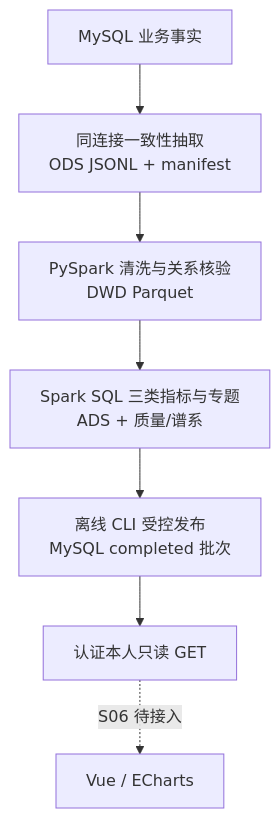
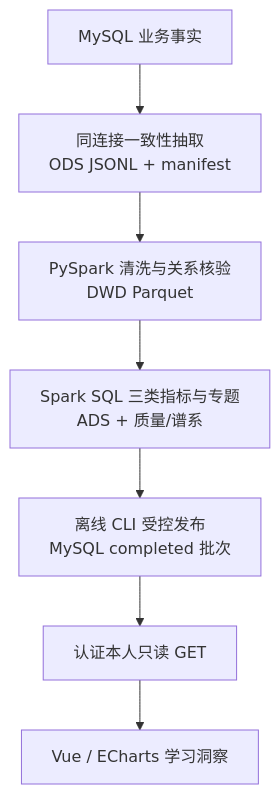
Before and after one commit to lengchang-haoyuan/AI-Assisted-Campus-Learning-and-Code-Practice-Platform: the second of 10 diagrams in README.md, drawn with Mermaid. The commit also changed other lines of this file and 2548 other files, not shown here.

````diff
--- a/README.md
+++ b/README.md
@@ -222,9 +230,9 @@
 ```mermaid
 flowchart TB
     Source["MySQL 业务事实"] --> ODS["同连接一致性抽取<br/>ODS JSONL + manifest"]
     ODS --> DWD["PySpark 清洗与关系核验<br/>DWD Parquet"]
     DWD --> ADS["Spark SQL 三类指标与专题<br/>ADS + 质量/谱系"]
     ADS --> Store["离线 CLI 受控发布<br/>MySQL completed 批次"]
     Store --> GET["认证本人只读 GET"]
-    GET -. "S06 待接入" .-> Chart["Vue / ECharts"]
+    GET --> Chart["Vue / ECharts 学习洞察"]
 ```
````
